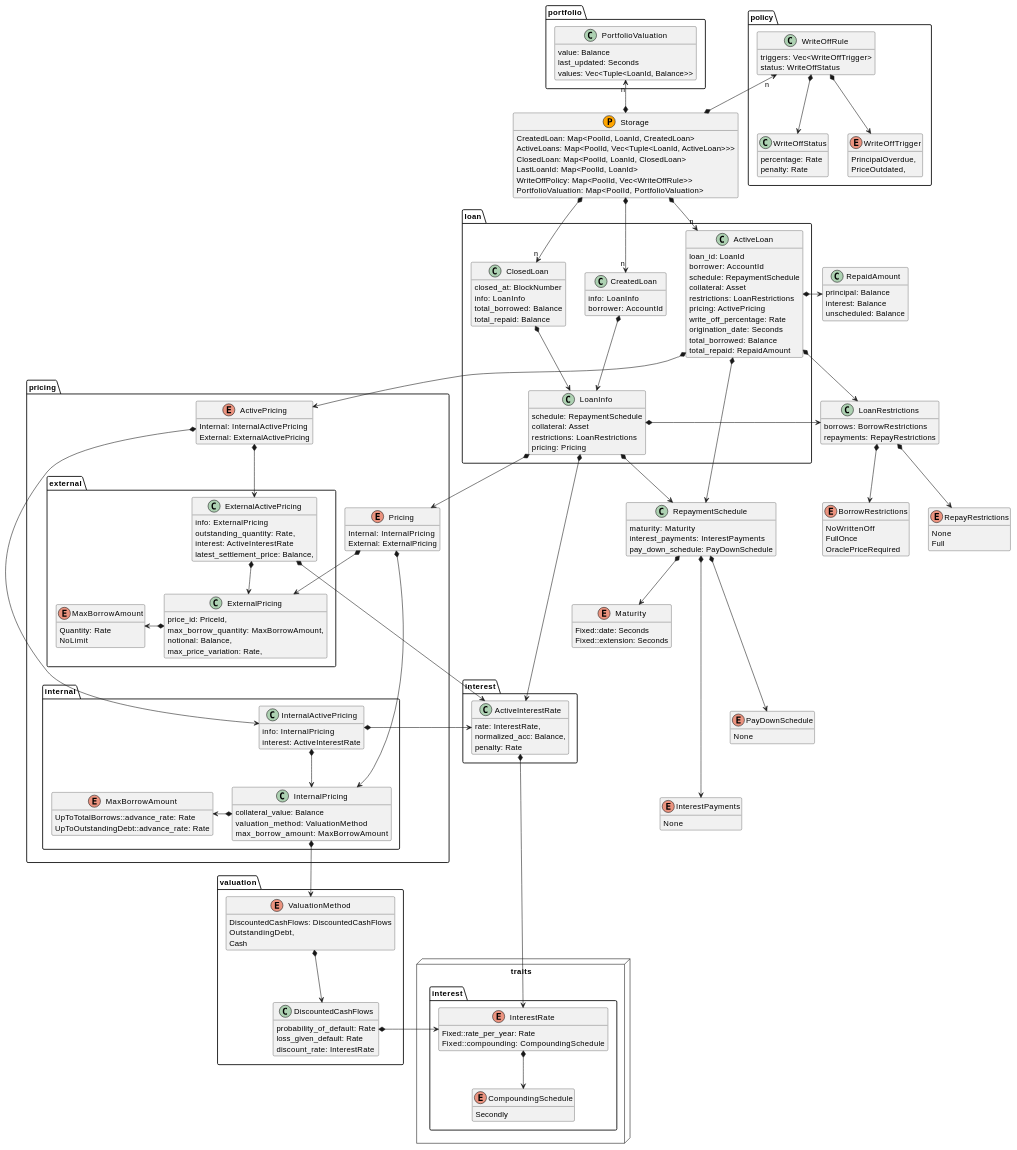
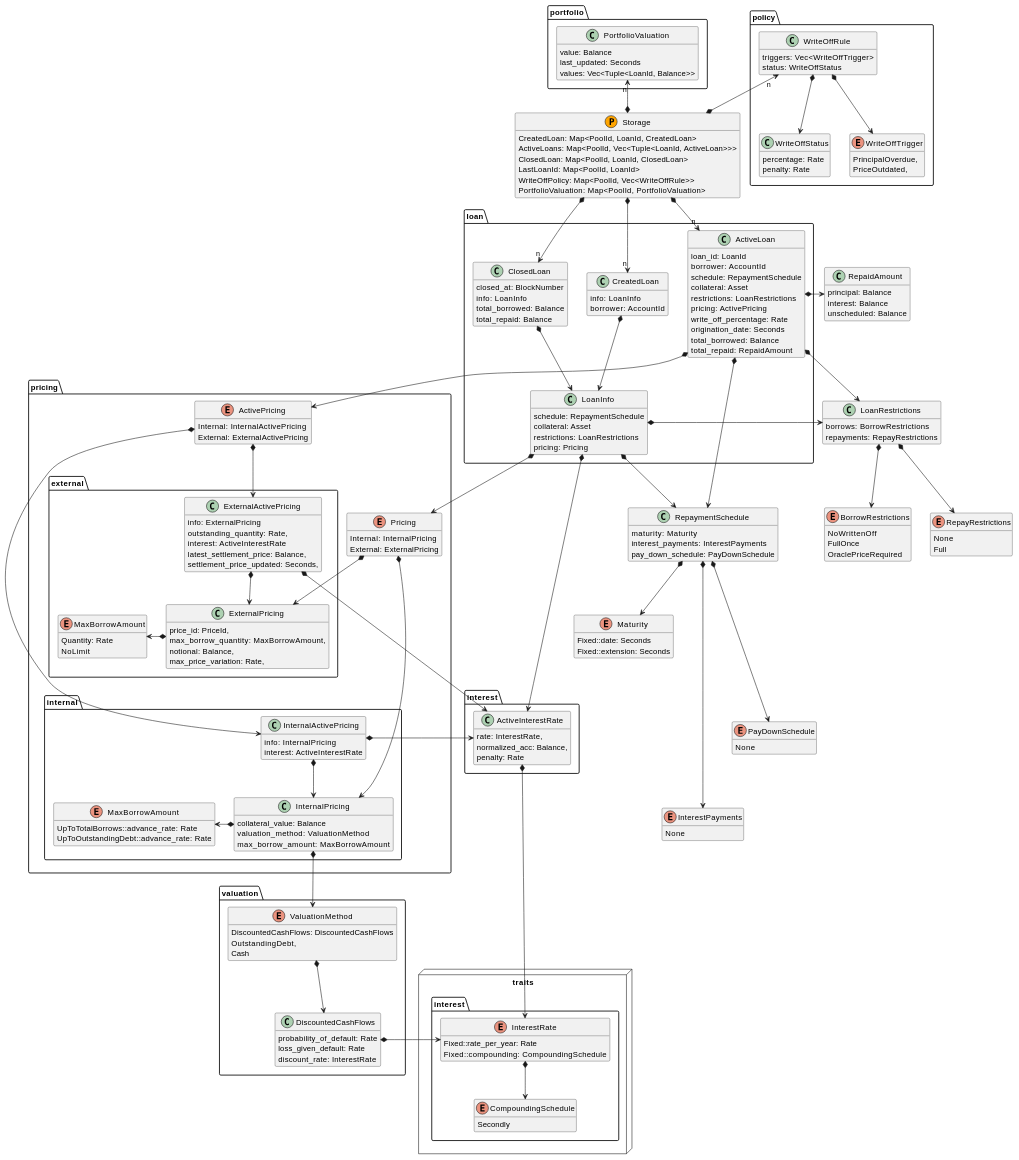
One commit to centrifuge/centrifuge-chain changed the diagram in pallets/loans/docs/types.md. Above: the diagram before and after it, drawn with PlantUML.

Commit message:
update diagram

```diff
--- a/pallets/loans/docs/types.md
+++ b/pallets/loans/docs/types.md
@@ -168,6 +168,7 @@
             outstanding_quantity: Rate,
             interest: ActiveInterestRate
             latest_settlement_price: Balance,
+            settlement_price_updated: Seconds,
         }
 
         ExternalActivePricing *-r-> ActiveInterestRate
```
